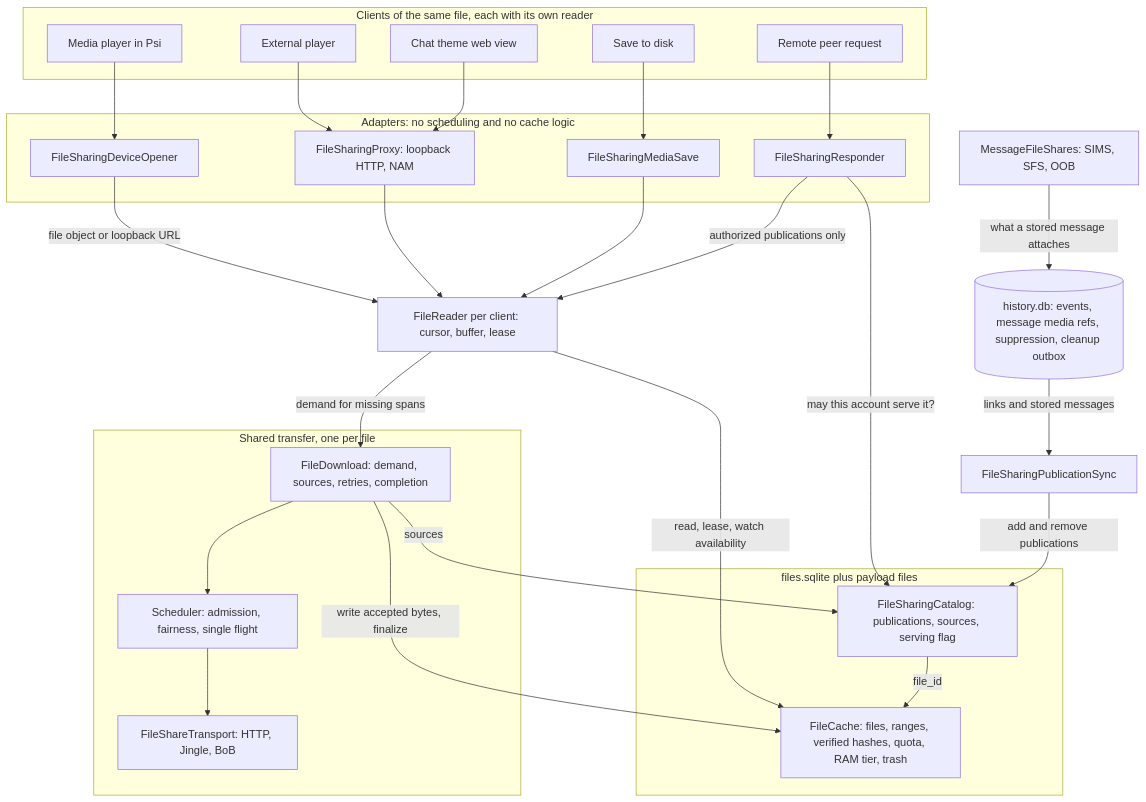
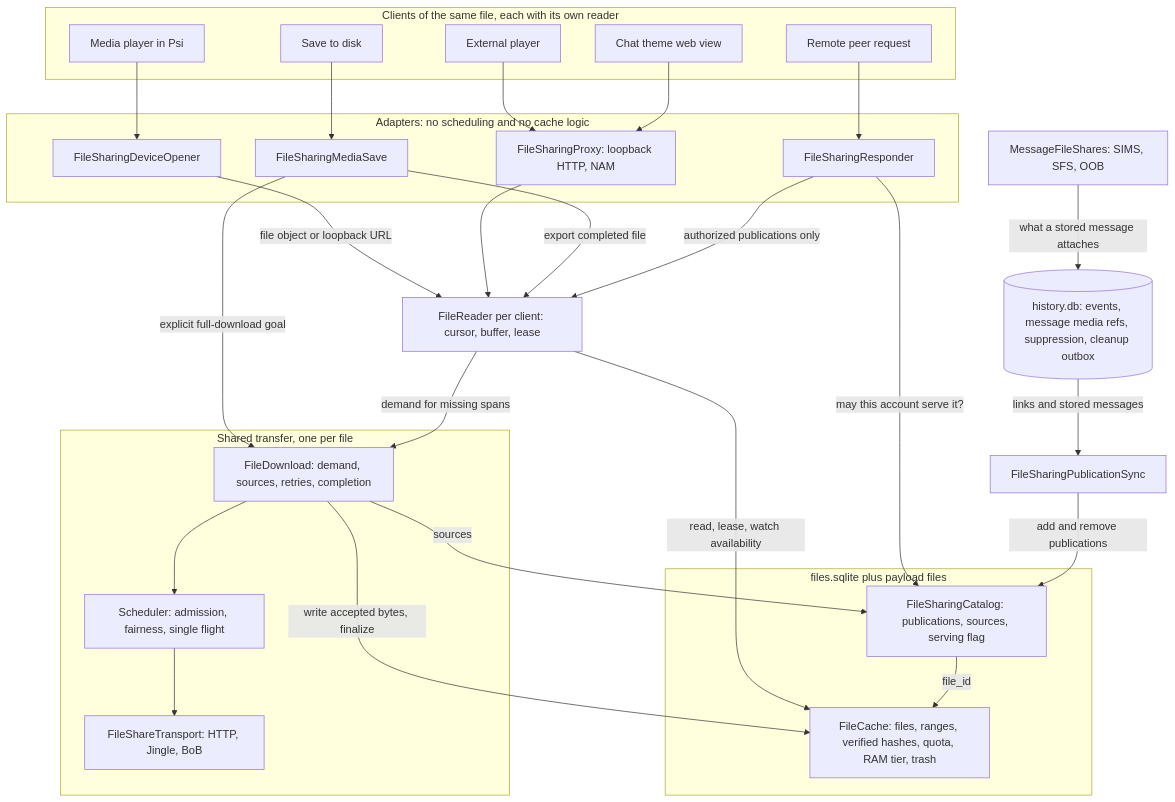
The first of 8 diagrams in docs/local-message-deletion-design.md (psi-im/psi), drawn with Mermaid before and after one commit. The commit also changed other lines of this file and 37 other files, not shown here.

````diff
--- a/docs/local-message-deletion-design.md
+++ b/docs/local-message-deletion-design.md
@@ -132,55 +132,56 @@
 ```mermaid
 flowchart TB
     subgraph clients["Clients of the same file, each with its own reader"]
         player["Media player in Psi"]
         external["External player"]
         web["Chat theme web view"]
         save["Save to disk"]
         peer["Remote peer request"]
     end
 
     subgraph adapters["Adapters: no scheduling and no cache logic"]
         opener["FileSharingDeviceOpener"]
         proxy["FileSharingProxy: loopback HTTP, NAM"]
         mediasave["FileSharingMediaSave"]
         responder["FileSharingResponder"]
     end
 
     player --> opener
     external --> proxy
     web --> proxy
     save --> mediasave
     peer --> responder
 
     reader["FileReader per client: cursor, buffer, lease"]
     opener -- "file object or loopback URL" --> reader
     proxy --> reader
-    mediasave --> reader
+    mediasave -- "export completed file" --> reader
+    mediasave -- "explicit full-download goal" --> download
     responder -- "authorized publications only" --> reader
 
     subgraph transfer["Shared transfer, one per file"]
         download["FileDownload: demand, sources, retries, completion"]
         scheduler["Scheduler: admission, fairness, single flight"]
         transport["FileShareTransport: HTTP, Jingle, BoB"]
         download --> scheduler --> transport
     end
 
     subgraph storage["files.sqlite plus payload files"]
         cache["FileCache: files, ranges, verified hashes, quota, RAM tier, trash"]
         catalog["FileSharingCatalog: publications, sources, serving flag"]
     end
 
     reader -- "read, lease, watch availability" --> cache
     reader -- "demand for missing spans" --> download
     download -- "write accepted bytes, finalize" --> cache
     download -- "sources" --> catalog
     responder -- "may this account serve it?" --> catalog
     catalog -- "file_id" --> cache
 
     history[("history.db: events, message media refs, suppression, cleanup outbox")]
     attachments["MessageFileShares: SIMS, SFS, OOB"]
     sync["FileSharingPublicationSync"]
     attachments -- "what a stored message attaches" --> history
     history -- "links and stored messages" --> sync
     sync -- "add and remove publications" --> catalog
 ```
````
